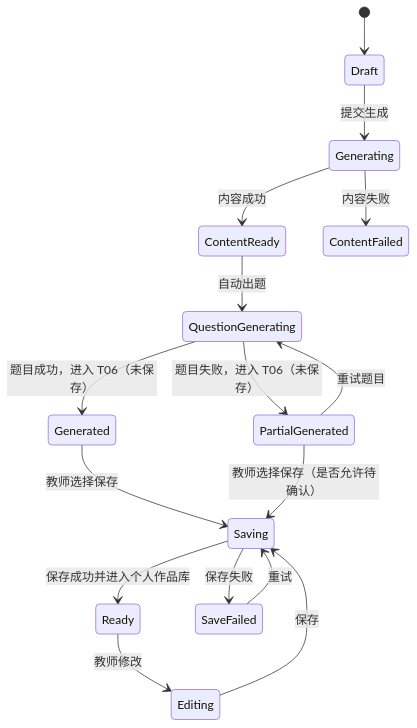
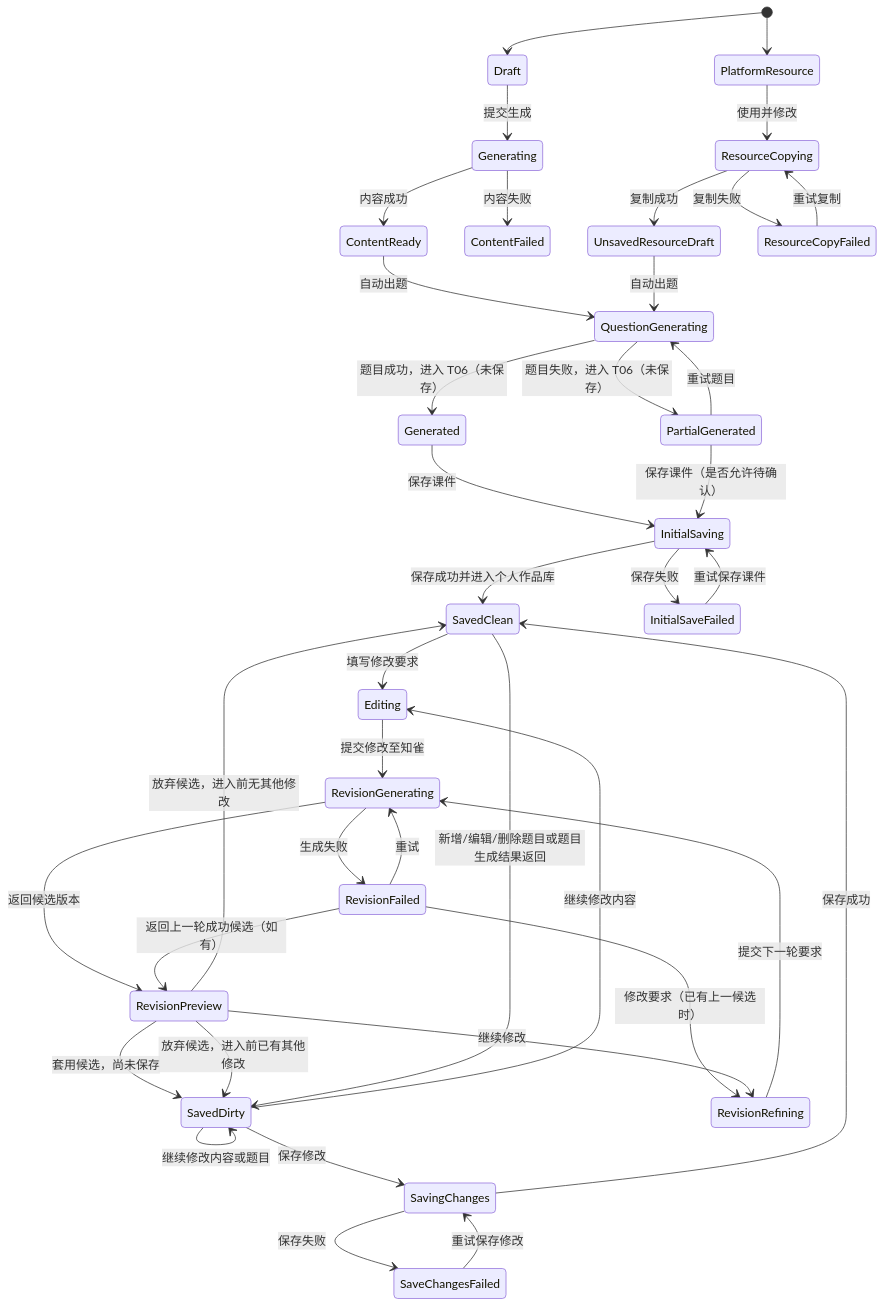
Before and after one commit to AlettaOkori/Hongkong-K12: the third of 6 diagrams in teeko-prd.md, drawn with Mermaid. The commit also changed other lines of this file and 7 other files, not shown here.

Commit message:
Update Teeko save flow and docs

````diff
--- a/teeko-prd.md
+++ b/teeko-prd.md
@@ -892,18 +931,41 @@
 ```mermaid
 stateDiagram-v2
     [*] --> Draft
     Draft --> Generating: 提交生成
     Generating --> ContentReady: 内容成功
     Generating --> ContentFailed: 内容失败
     ContentReady --> QuestionGenerating: 自动出题
+    [*] --> PlatformResource
+    PlatformResource --> ResourceCopying: 使用并修改
+    ResourceCopying --> UnsavedResourceDraft: 复制成功
+    ResourceCopying --> ResourceCopyFailed: 复制失败
+    ResourceCopyFailed --> ResourceCopying: 重试复制
+    UnsavedResourceDraft --> QuestionGenerating: 自动出题
     QuestionGenerating --> Generated: 题目成功，进入 T06（未保存）
     QuestionGenerating --> PartialGenerated: 题目失败，进入 T06（未保存）
     PartialGenerated --> QuestionGenerating: 重试题目
-    Generated --> Saving: 教师选择保存
-    PartialGenerated --> Saving: 教师选择保存（是否允许待确认）
-    Saving --> Ready: 保存成功并进入个人作品库
-    Ready --> Editing: 教师修改
-    Editing --> Saving: 保存
-    Saving --> SaveFailed: 保存失败
-    SaveFailed --> Saving: 重试
+    Generated --> InitialSaving: 保存课件
+    PartialGenerated --> InitialSaving: 保存课件（是否允许待确认）
+    InitialSaving --> SavedClean: 保存成功并进入个人作品库
+    InitialSaving --> InitialSaveFailed: 保存失败
+    InitialSaveFailed --> InitialSaving: 重试保存课件
+    SavedClean --> Editing: 填写修改要求
+    SavedDirty --> Editing: 继续修改内容
+    Editing --> RevisionGenerating: 提交修改至知雀
+    RevisionGenerating --> RevisionPreview: 返回候选版本
+    RevisionGenerating --> RevisionFailed: 生成失败
+    RevisionFailed --> RevisionGenerating: 重试
+    RevisionFailed --> RevisionRefining: 修改要求（已有上一候选时）
+    RevisionFailed --> RevisionPreview: 返回上一轮成功候选（如有）
+    RevisionPreview --> RevisionRefining: 继续修改
+    RevisionRefining --> RevisionGenerating: 提交下一轮要求
+    RevisionPreview --> SavedDirty: 套用候选，尚未保存
+    RevisionPreview --> SavedClean: 放弃候选，进入前无其他修改
+    RevisionPreview --> SavedDirty: 放弃候选，进入前已有其他修改
+    SavedClean --> SavedDirty: 新增/编辑/删除题目或题目生成结果返回
+    SavedDirty --> SavedDirty: 继续修改内容或题目
+    SavedDirty --> SavingChanges: 保存修改
+    SavingChanges --> SavedClean: 保存成功
+    SavingChanges --> SaveChangesFailed: 保存失败
+    SaveChangesFailed --> SavingChanges: 重试保存修改
 ```
````
